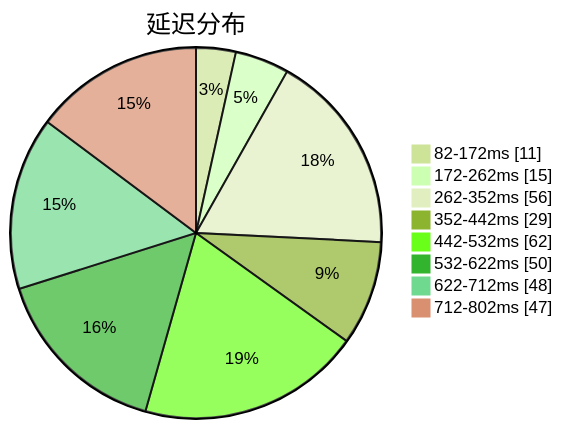
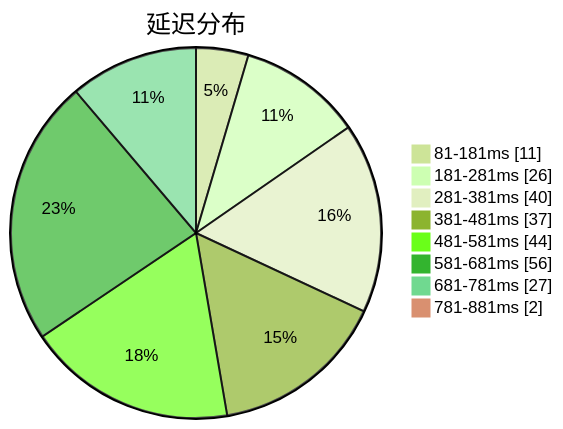
The first of 3 diagrams in subs/statistics/tested_within.md (sinspired/airport), drawn with Mermaid (forest theme) before and after one commit. The commit also changed other lines of this file and 2 other files, not shown here.

````diff
--- a/subs/statistics/tested_within.md
+++ b/subs/statistics/tested_within.md
@@ -2,12 +2,12 @@
 ```mermaid
 pie showData
 title 延迟分布
-"82-172ms" : 11
-"172-262ms" : 15
-"262-352ms" : 56
-"352-442ms" : 29
-"442-532ms" : 62
-"532-622ms" : 50
-"622-712ms" : 48
-"712-802ms" : 47
+"81-181ms" : 11
+"181-281ms" : 26
+"281-381ms" : 40
+"381-481ms" : 37
+"481-581ms" : 44
+"581-681ms" : 56
+"681-781ms" : 27
+"781-881ms" : 2
 ```
````
